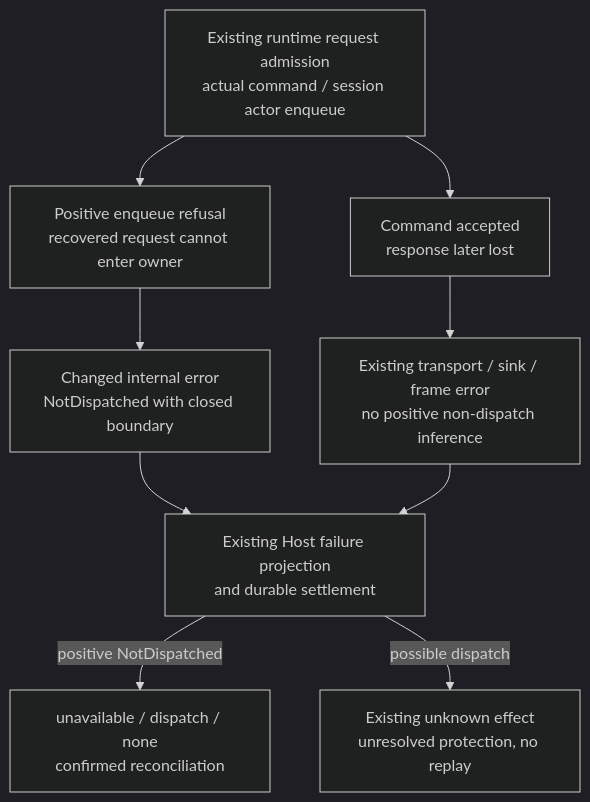
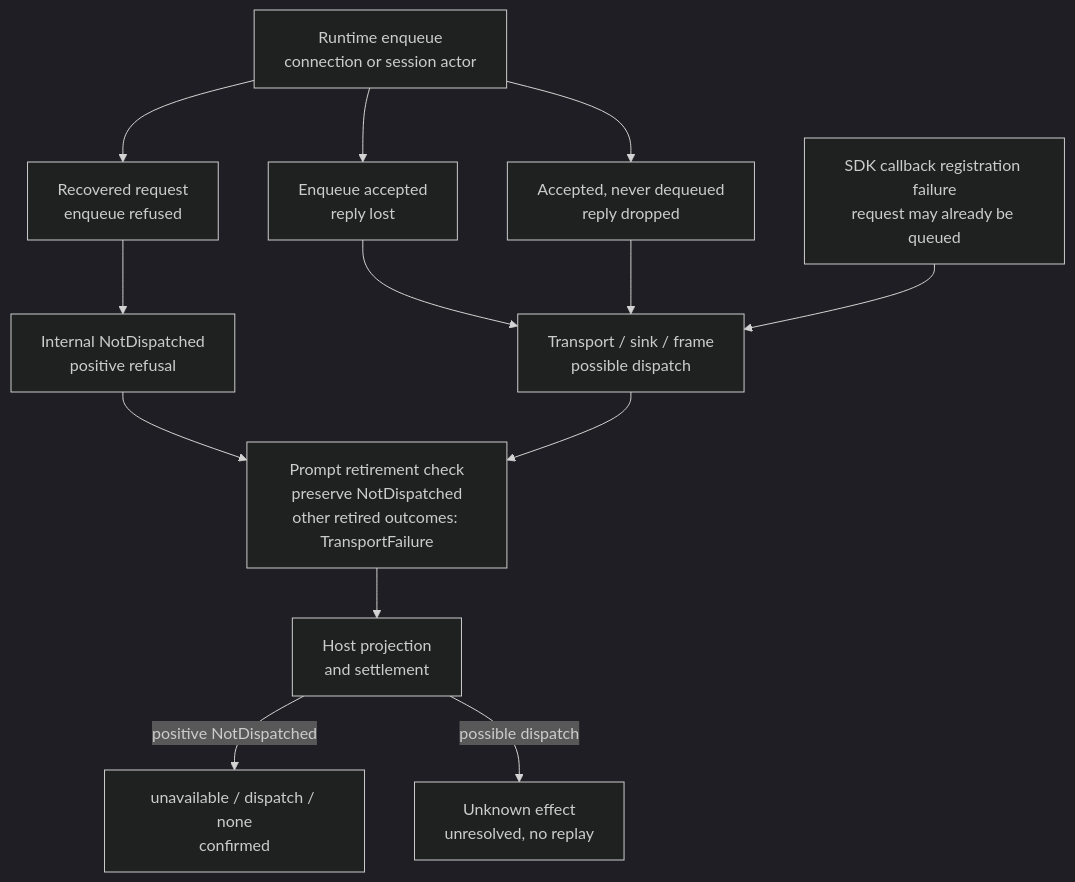
One commit to ShravanSunder/codex-router changed the diagram in docs/specs/2026-10-03-router-fixes/provider-failure-program-design.md. Above: the diagram before and after it, drawn with Mermaid. The commit also changed other lines of this file and 2 other files, not shown here.

Commit message:
docs: checkpoint dispatch evidence and local fixes proof

````diff
--- a/docs/specs/2026-10-03-router-fixes/provider-failure-program-design.md
+++ b/docs/specs/2026-10-03-router-fixes/provider-failure-program-design.md
@@ -7,16 +7,21 @@
 ```mermaid
 %%{init: {'theme': 'dark'}}%%
 flowchart TB
-  runtime["Existing runtime request admission<br/>actual command / session actor enqueue"]
-  refused["Positive enqueue refusal<br/>recovered request cannot enter owner"]
-  queued["Command accepted<br/>response later lost"]
-  typed["Changed internal error<br/>NotDispatched with closed boundary"]
-  uncertain["Existing transport / sink / frame error<br/>no positive non-dispatch inference"]
-  host["Existing Host failure projection<br/>and durable settlement"]
-  none["unavailable / dispatch / none<br/>confirmed reconciliation"]
-  unknown["Existing unknown effect<br/>unresolved protection, no replay"]
-  runtime --> refused --> typed --> host
-  runtime --> queued --> uncertain --> host
+  runtime["Runtime enqueue<br/>connection or session actor"]
+  refused["Recovered request<br/>enqueue refused"]
+  queued["Enqueue accepted<br/>reply lost"]
+  typed["Internal NotDispatched<br/>positive refusal"]
+  uncertain["Transport / sink / frame<br/>possible dispatch"]
+  host["Host projection<br/>and settlement"]
+  none["unavailable / dispatch / none<br/>confirmed"]
+  unknown["Unknown effect<br/>unresolved, no replay"]
+  override["Prompt retirement check<br/>preserve NotDispatched<br/>other retired outcomes: TransportFailure"]
+  runtime --> refused --> typed --> override --> host
+  buffered["Accepted, never dequeued<br/>reply dropped"]
+  callback["SDK callback registration failure<br/>request may already be queued"]
+  runtime --> queued --> uncertain --> override
+  runtime --> buffered --> uncertain
+  callback --> uncertain
   host -->|"positive NotDispatched"| none
   host -->|"possible dispatch"| unknown
 ```
````
